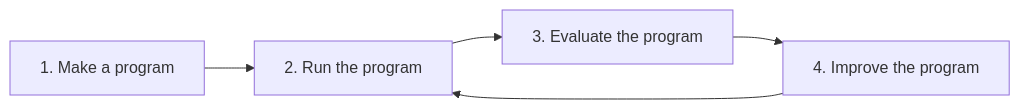
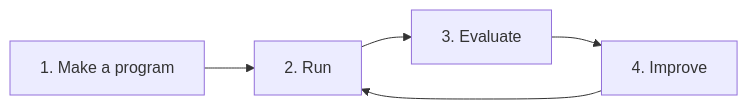
The diagram in README.md (nachollorca/promptuna), drawn with Mermaid before and after one commit. The commit also changed other lines of this file, not shown here.

````diff
--- a/README.md
+++ b/README.md
@@ -128,7 +9,7 @@
 ```mermaid
 flowchart LR
-    A[1. Make a program] --> B[2. Run the program]
-    B --> C[3. Evaluate the program]
-    C --> D[4. Improve the program]
+    A[1. Make a program] --> B[2. Run]
+    B --> C[3. Evaluate]
+    C --> D[4. Improve]
     D --> B
 ```
````
